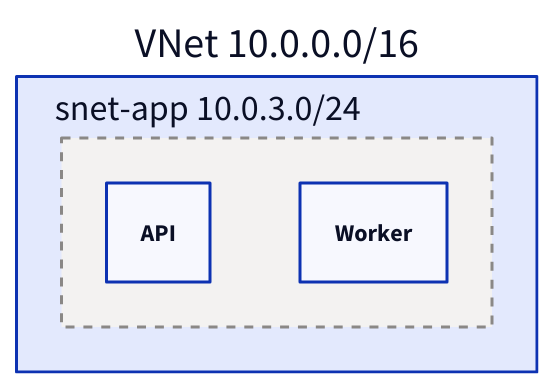
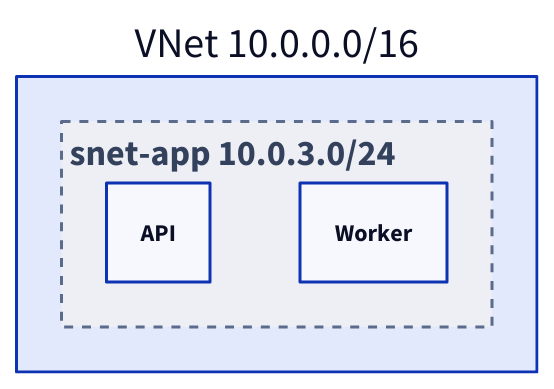
Before and after one commit to colbytimm/my-dev-tools: the second of 2 diagrams in agents/skills/d2-diagram/SKILL.md, drawn with D2. The commit also changed other lines of this file and 3 other files, not shown here.

````diff
--- a/agents/skills/d2-diagram/SKILL.md
+++ b/agents/skills/d2-diagram/SKILL.md
@@ -165,11 +169,11 @@
-  ```d2
-  classes: {
-    subnet: {
-      label.near: outside-top-left
-      style: {fill: "#F3F2F1"; stroke: "#8A8886"; stroke-dash: 3}
+    ```d2
+    classes: {
+      subnet: {
+        label.near: top-left
+        style: {fill: "#EDEFF5"; stroke: "#5B6B8C"; stroke-width: 2; stroke-dash: 3; bold: true; font-color: "#33415C"}
+      }
     }
-  }
-  vnet: VNet 10.0.0.0/16 {
-    snet_app: snet-app 10.0.3.0/24 {class: subnet; api: API; worker: Worker}
-  }
-  ```
+    vnet: VNet 10.0.0.0/16 {
+      snet_app: snet-app 10.0.3.0/24 {class: subnet; api: API; worker: Worker}
+    }
+    ```
````
